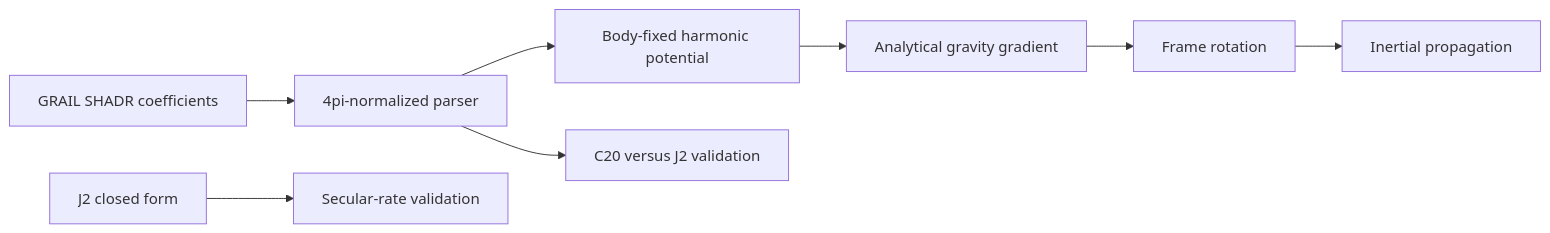
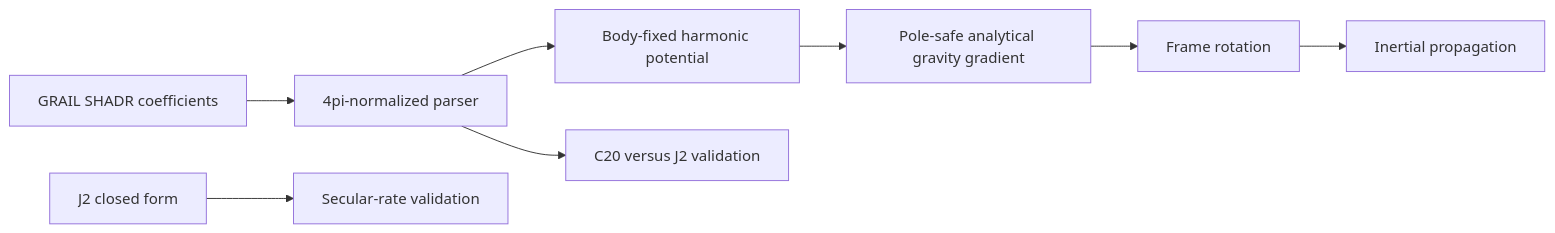
Before and after one commit to sylvesterkaczmarek/lunar-astrodynamics-simulation: the diagram in README.md, drawn with Mermaid. The commit also changed other lines of this file and 6 other files, not shown here.

````diff
--- a/README.md
+++ b/README.md
@@ -13,10 +13,10 @@
 ```mermaid
 flowchart LR
     A[GRAIL SHADR coefficients] --> B[4pi-normalized parser]
     B --> C[Body-fixed harmonic potential]
-    C --> D[Analytical gravity gradient]
+    C --> D[Pole-safe analytical gravity gradient]
     D --> E[Frame rotation]
     E --> F[Inertial propagation]
     G[J2 closed form] --> H[Secular-rate validation]
     B --> I[C20 versus J2 validation]
 ```
````
